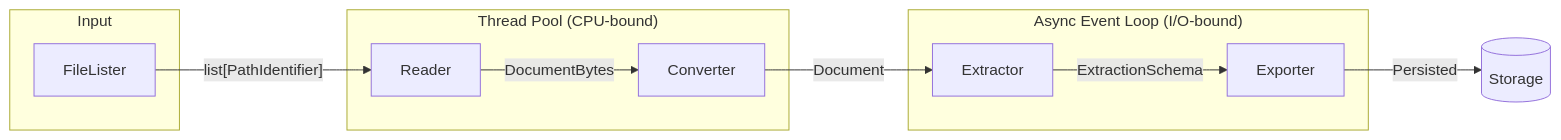
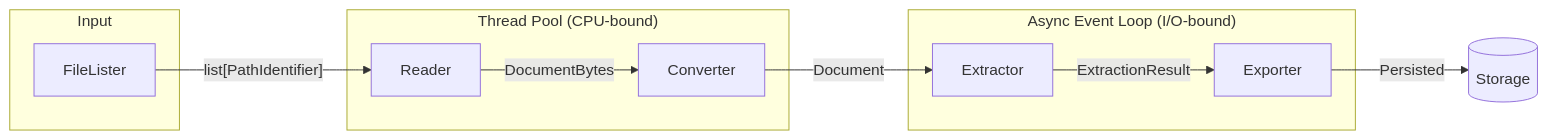
One commit to artefactory-uk/document-extraction-tools changed the first of 3 diagrams in docs/concepts/extraction-pipeline.md. Above: the diagram before and after it, drawn with Mermaid. The commit also changed other lines of this file and 12 other files, not shown here.

````diff
--- a/docs/concepts/extraction-pipeline.md
+++ b/docs/concepts/extraction-pipeline.md
@@ -7,22 +7,22 @@
 ```mermaid
 flowchart LR
     subgraph Input
         FL[FileLister]
     end
 
     subgraph ThreadPool["Thread Pool (CPU-bound)"]
         R[Reader]
         C[Converter]
     end
 
     subgraph AsyncIO["Async Event Loop (I/O-bound)"]
         E[Extractor]
         EX[Exporter]
     end
 
     FL -->|"list[PathIdentifier]"| R
     R -->|DocumentBytes| C
     C -->|Document| E
-    E -->|ExtractionSchema| EX
+    E -->|ExtractionResult| EX
     EX -->|Persisted| Output[(Storage)]
 ```
````
